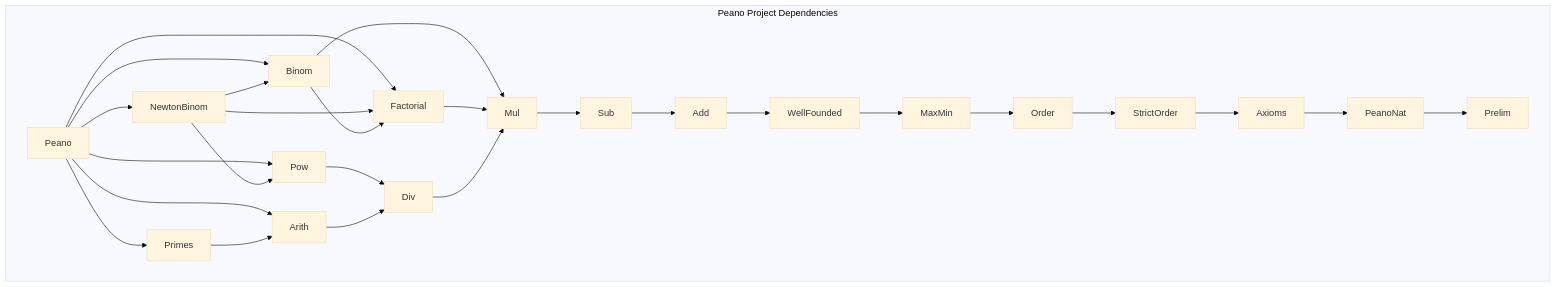
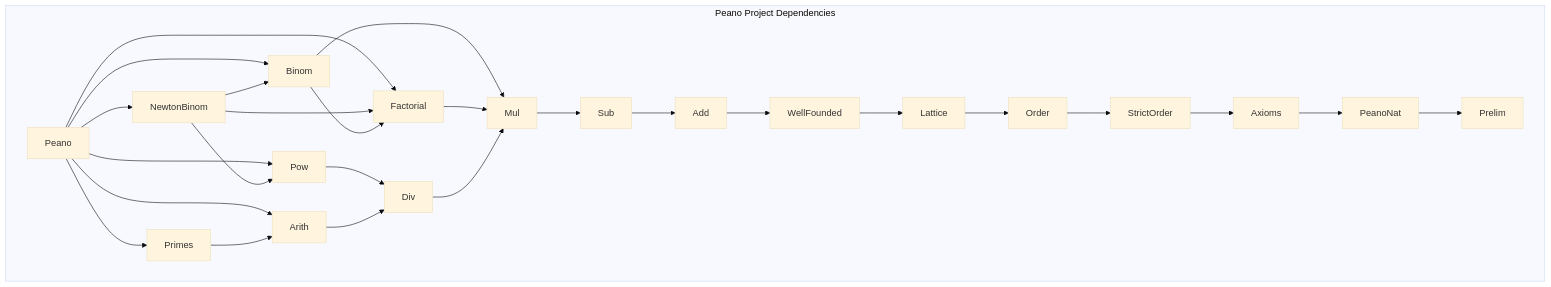
Before and after one commit to julian1c2a/Peano: the diagram in DEPENDENCIES.md, drawn with Mermaid (base theme). The commit also changed other lines of this file and 26 other files, not shown here.

````diff
--- a/DEPENDENCIES.md
+++ b/DEPENDENCIES.md
@@ -14,35 +14,35 @@
 ```mermaid
 graph TD;
     subgraph Peano Project Dependencies
         Peano --> NewtonBinom;
         Peano --> Binom;
         Peano --> Factorial;
         Peano --> Pow;
         Peano --> Primes;
         Peano --> Arith;
 
         NewtonBinom --> Binom;
         NewtonBinom --> Factorial;
         NewtonBinom --> Pow;
 
         Binom --> Factorial;
         Binom --> Mul;
 
         Factorial --> Mul;
 
         Pow --> Div;
         Primes --> Arith;
         Arith --> Div;
 
         Div --> Mul;
         Mul --> Sub;
         Sub --> Add;
         Add --> WellFounded;
-        WellFounded --> MaxMin;
-        MaxMin --> Order;
+        WellFounded --> Lattice;
+        Lattice --> Order;
         Order --> StrictOrder;
         StrictOrder --> Axioms;
         Axioms --> PeanoNat;
         PeanoNat --> Prelim;
     end
 ```
````
